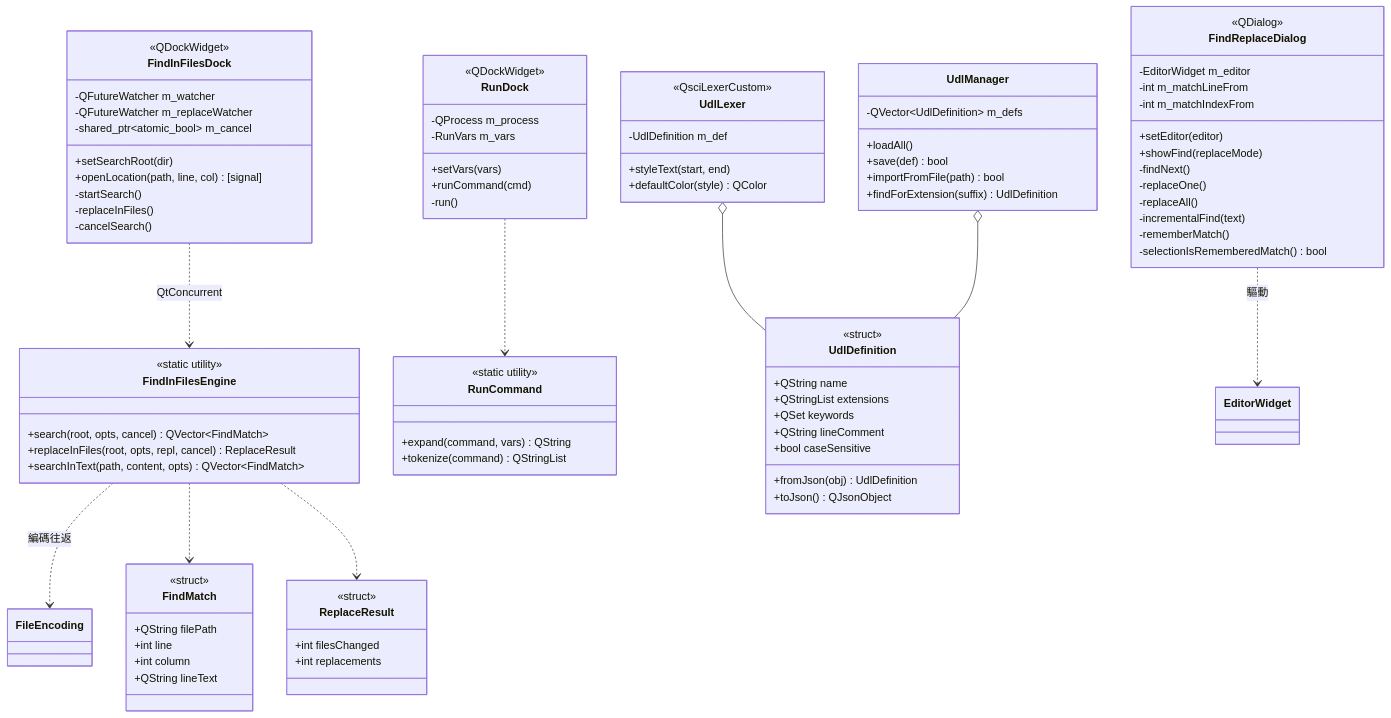
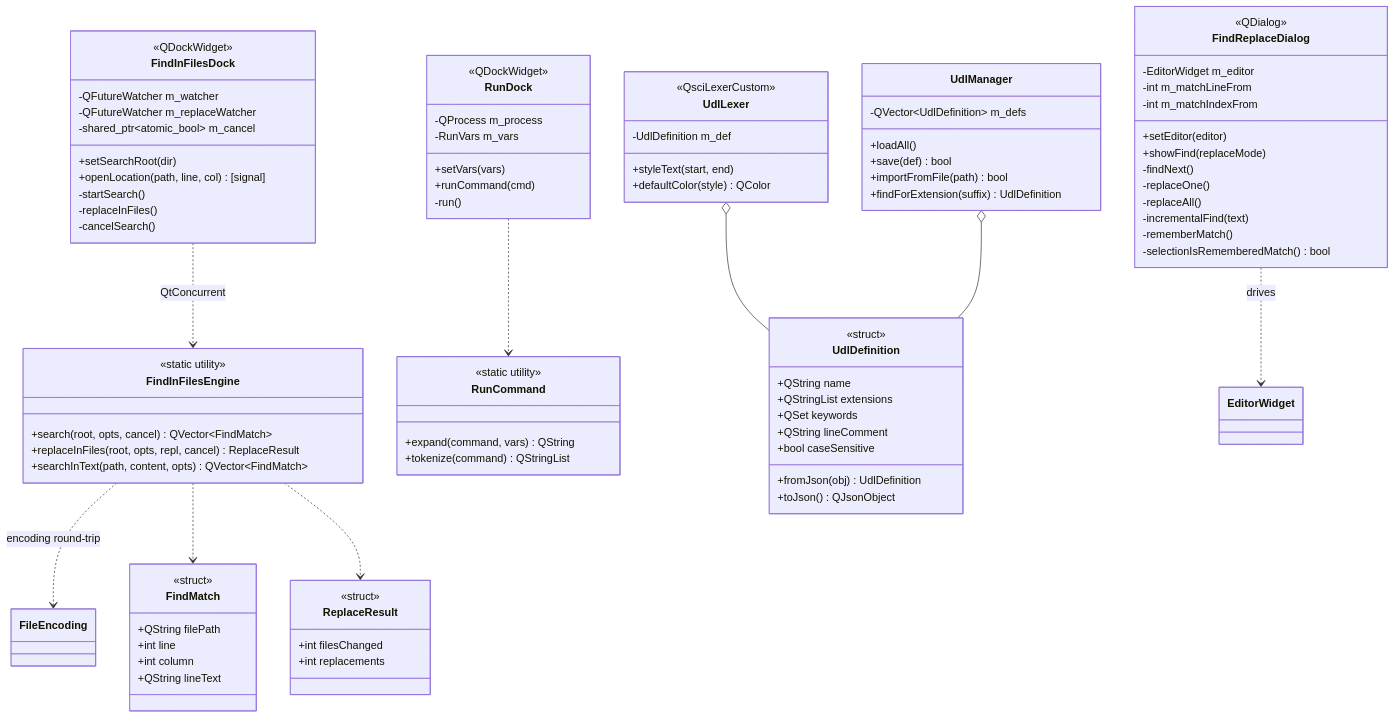
Before and after one commit to EddyKuo/macpadpp: the sixth of 23 diagrams in docs/design.md, drawn with Mermaid. The commit also changed other lines of this file and 24 other files, not shown here.

```diff
--- a/docs/design.md
+++ b/docs/design.md
@@ -394,9 +422,9 @@
         +findForExtension(suffix) UdlDefinition
     }
 
-    FindReplaceDialog ..> EditorWidget : 驅動
+    FindReplaceDialog ..> EditorWidget : drives
     FindInFilesDock ..> FindInFilesEngine : QtConcurrent
-    FindInFilesEngine ..> FileEncoding : 編碼往返
+    FindInFilesEngine ..> FileEncoding : encoding round-trip
     FindInFilesEngine ..> FindMatch
     FindInFilesEngine ..> ReplaceResult
     RunDock ..> RunCommand
```
